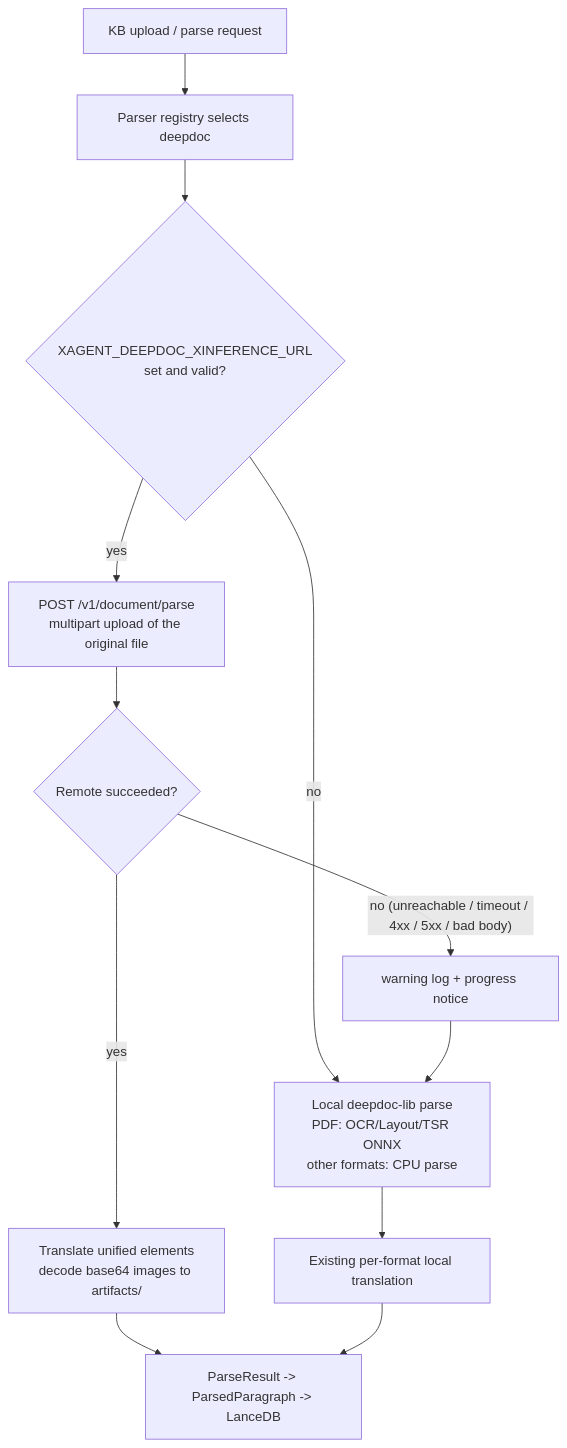
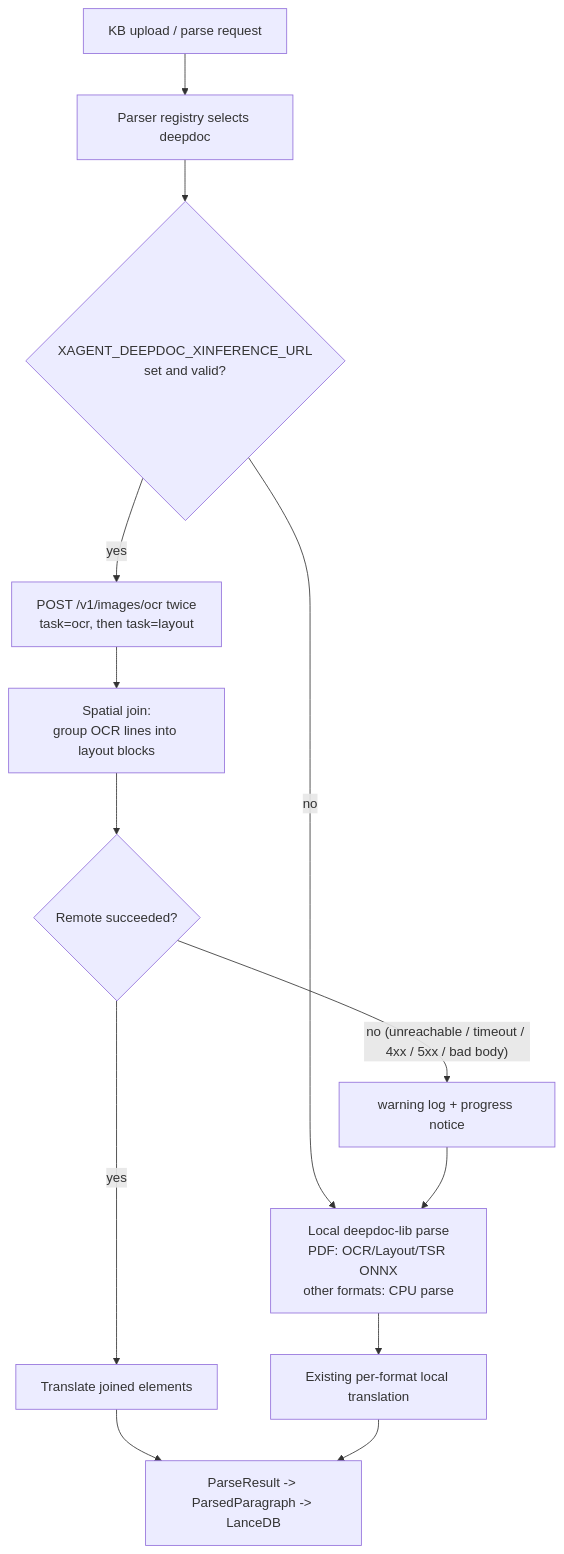
Before and after one commit to OliverBryant/xagent: the first of 2 diagrams in docs/deepdoc-remote-parsing.md, drawn with Mermaid. The commit also changed other lines of this file and 5 other files, not shown here.

````diff
--- a/docs/deepdoc-remote-parsing.md
+++ b/docs/deepdoc-remote-parsing.md
@@ -43,13 +46,14 @@
 ```mermaid
 flowchart TD
     A[KB upload / parse request] --> B[Parser registry selects deepdoc]
     B --> C{XAGENT_DEEPDOC_XINFERENCE_URL<br/>set and valid?}
     C -- no --> L[Local deepdoc-lib parse<br/>PDF: OCR/Layout/TSR ONNX<br/>other formats: CPU parse]
-    C -- yes --> R[POST /v1/document/parse<br/>multipart upload of the original file]
-    R --> S{Remote succeeded?}
-    S -- yes --> T[Translate unified elements<br/>decode base64 images to artifacts/]
+    C -- yes --> R[POST /v1/images/ocr twice<br/>task=ocr, then task=layout]
+    R --> J[Spatial join:<br/>group OCR lines into layout blocks]
+    J --> S{Remote succeeded?}
+    S -- yes --> T[Translate joined elements]
     S -- "no (unreachable / timeout / 4xx / 5xx / bad body)" --> W[warning log + progress notice] --> L
     L --> U[Existing per-format local translation]
     T --> P[ParseResult -> ParsedParagraph -> LanceDB]
     U --> P
 ```
````
